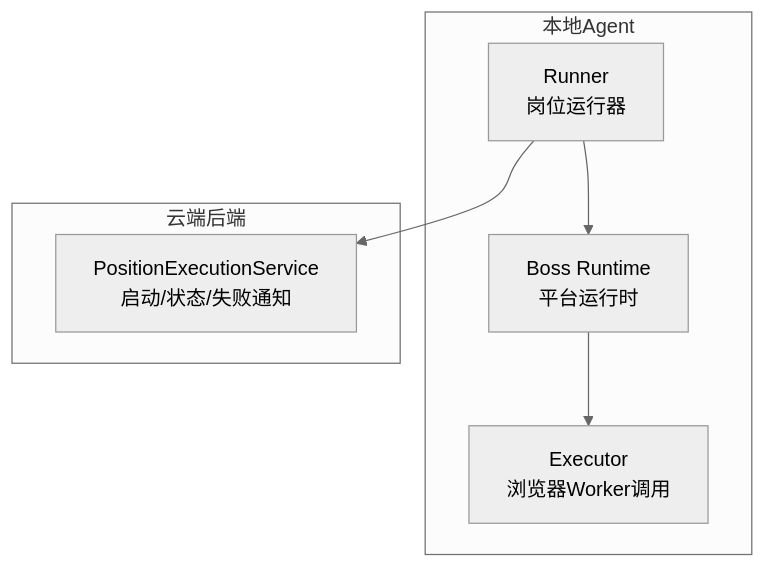
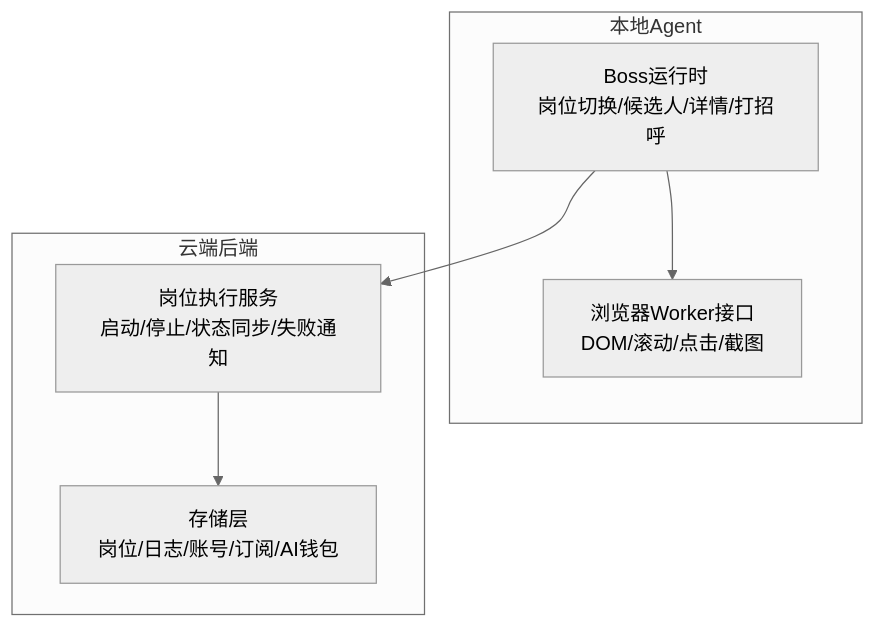
The first of 8 diagrams in .qoder/repowiki/zh/content/本地执行器/平台适配器/Boss直聘适配器/岗位搜索与管理.md (alvinwangzi/goodhr), drawn with Mermaid (neutral theme) before and after one commit. The commit also changed other lines of this file and 149 other files, not shown here.

````diff
--- a/.qoder/repowiki/zh/content/本地执行器/平台适配器/Boss直聘适配器/岗位搜索与管理.md
+++ b/.qoder/repowiki/zh/content/本地执行器/平台适配器/Boss直聘适配器/岗位搜索与管理.md
@@ -45,14 +46,14 @@
 ```mermaid
 graph TB
 subgraph "本地Agent"
-R["Runner<br/>岗位运行器"]
-BRT["Boss Runtime<br/>平台运行时"]
-EXE["Executor<br/>浏览器Worker调用"]
+BRuntime["Boss运行时<br/>岗位切换/候选人/详情/打招呼"]
+BWorker["浏览器Worker接口<br/>DOM/滚动/点击/截图"]
 end
 subgraph "云端后端"
-API["PositionExecutionService<br/>启动/状态/失败通知"]
+ExecSvc["岗位执行服务<br/>启动/停止/状态同步/失败通知"]
+Store["存储层<br/>岗位/日志/账号/订阅/AI钱包"]
 end
-R --> BRT
-BRT --> EXE
-R --> API
+BRuntime --> BWorker
+BRuntime --> ExecSvc
+ExecSvc --> Store
 ```
````
